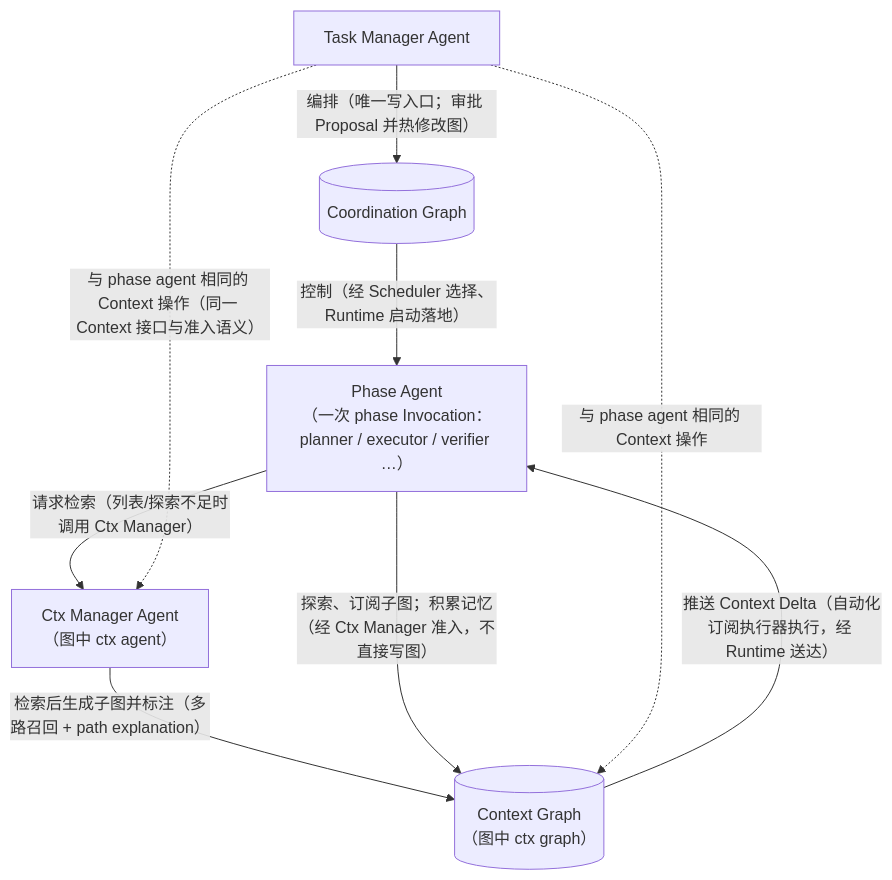
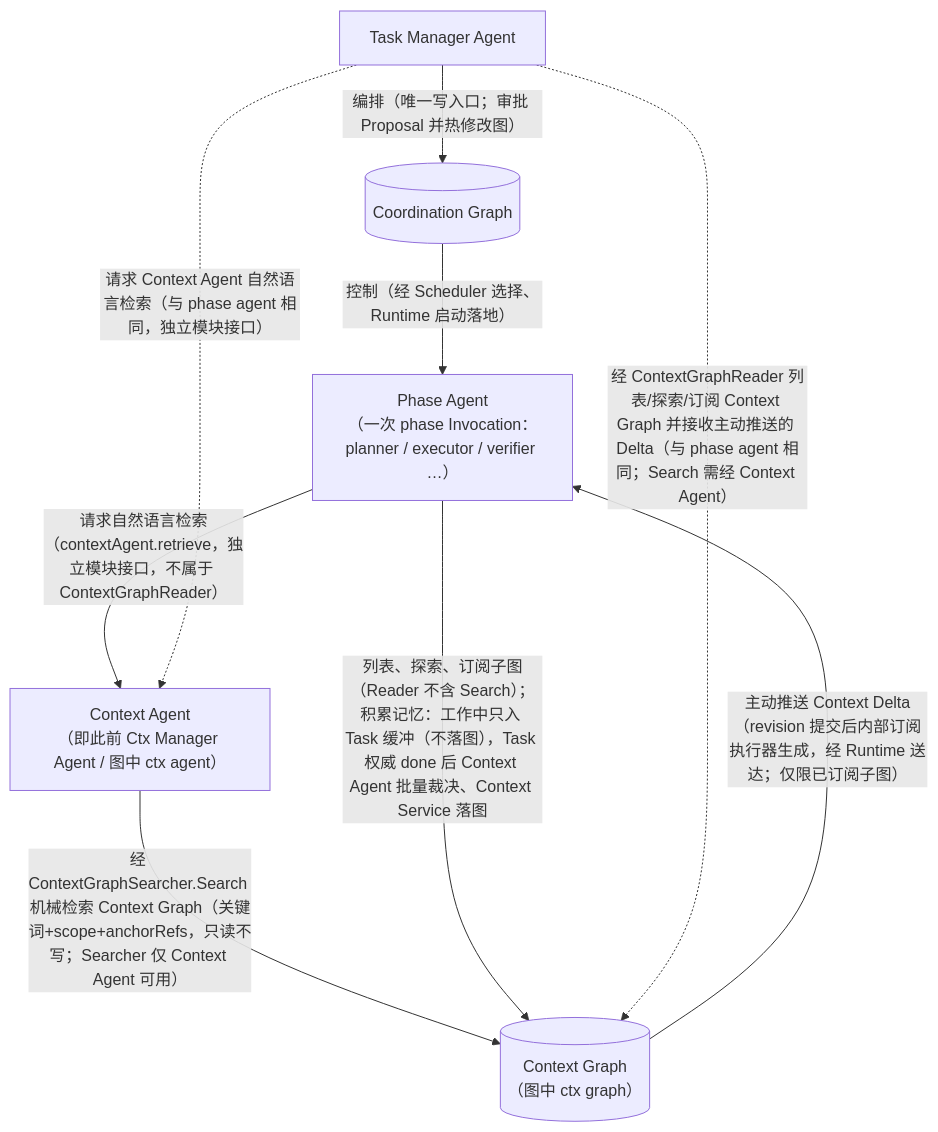
Before and after one commit to KDZZZZZZ/threadmill-AgentTeams: the first of 2 diagrams in docs/architecture.md, drawn with Mermaid. The commit also changed other lines of this file and 11 other files, not shown here.

Commit message:
docs: 重构上下文图与任务记忆设计

````diff
--- a/docs/architecture.md
+++ b/docs/architecture.md
@@ -29,24 +29,24 @@
 ```mermaid
 flowchart TB
   PA["Phase Agent<br/>（一次 phase Invocation：planner / executor / verifier …）"]
-  CA["Ctx Manager Agent<br/>（图中 ctx agent）"]
+  CA["Context Agent<br/>（即此前 Ctx Manager Agent / 图中 ctx agent）"]
   CX[("Context Graph<br/>（图中 ctx graph）")]
   TM["Task Manager Agent"]
   CG[("Coordination Graph")]
 
-  %% 上下文闭环：检索
-  PA -->|"请求检索（列表/探索不足时调用 Ctx Manager）"| CA
-  CA -->|"检索后生成子图并标注（多路召回 + path explanation）"| CX
-  CX -->|"推送 Context Delta（自动化订阅执行器执行，经 Runtime 送达）"| PA
+  %% 上下文闭环：Phase → Context Agent 自然语言检索（独立模块接口）
+  PA -->|"请求自然语言检索（contextAgent.retrieve，独立模块接口，不属于 ContextGraphReader）"| CA
+  CA -->|"经 ContextGraphSearcher.Search 机械检索 Context Graph（关键词+scope+anchorRefs，只读不写；Searcher 仅 Context Agent 可用）"| CX
+  CX -->|"主动推送 Context Delta（revision 提交后内部订阅执行器生成，经 Runtime 送达；仅限已订阅子图）"| PA
 
-  %% 上下文闭环：探索 / 订阅 / 积累记忆
-  PA -->|"探索、订阅子图；积累记忆（经 Ctx Manager 准入，不直接写图）"| CX
+  %% 上下文闭环：Phase → Context Graph 列表 / 探索 / 订阅
+  PA -->|"列表、探索、订阅子图（Reader 不含 Search）；积累记忆：工作中只入 Task 缓冲（不落图），Task 权威 done 后 Context Agent 批量裁决、Context Service 落图"| CX
 
   %% 协调链
   TM -->|"编排（唯一写入口；审批 Proposal 并热修改图）"| CG
   CG -->|"控制（经 Scheduler 选择、Runtime 启动落地）"| PA
 
   %% Task Manager 与 phase agent 相同的 Context 操作
-  TM -.->|"与 phase agent 相同的 Context 操作（同一 Context 接口与准入语义）"| CA
-  TM -.->|"与 phase agent 相同的 Context 操作"| CX
+  TM -.->|"请求 Context Agent 自然语言检索（与 phase agent 相同，独立模块接口）"| CA
+  TM -.->|"经 ContextGraphReader 列表/探索/订阅 Context Graph 并接收主动推送的 Delta（与 phase agent 相同；Search 需经 Context Agent）"| CX
 ```
````
